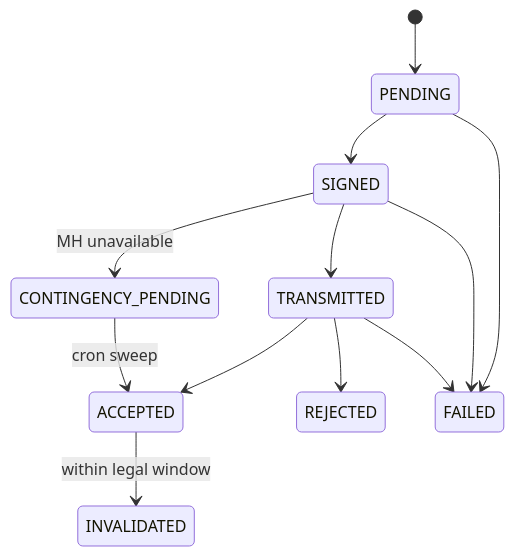
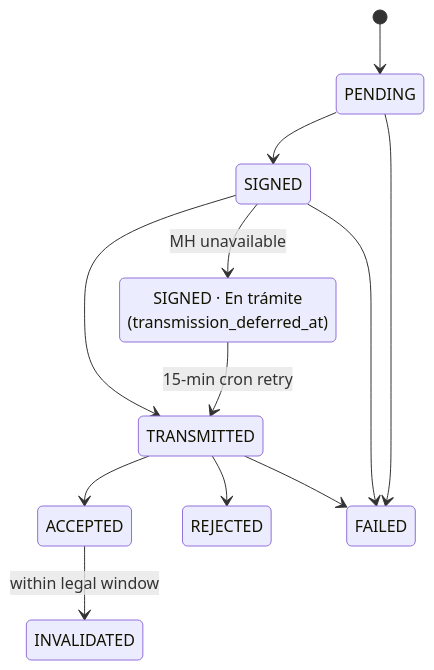
The second of 2 diagrams in README.md (jomplox/DiezmosSV), drawn with Mermaid before and after one commit. The commit also changed other lines of this file, not shown here.

````diff
--- a/README.md
+++ b/README.md
@@ -603,14 +629,15 @@
 ```mermaid
 stateDiagram-v2
+    state "SIGNED · En trámite<br/>(transmission_deferred_at)" as Deferred
     [*] --> PENDING
     PENDING --> SIGNED
     SIGNED --> TRANSMITTED
+    SIGNED --> Deferred: MH unavailable
+    Deferred --> TRANSMITTED: 15-min cron retry
     TRANSMITTED --> ACCEPTED
     TRANSMITTED --> REJECTED
-    SIGNED --> CONTINGENCY_PENDING: MH unavailable
-    CONTINGENCY_PENDING --> ACCEPTED: cron sweep
     ACCEPTED --> INVALIDATED: within legal window
     PENDING --> FAILED
     SIGNED --> FAILED
     TRANSMITTED --> FAILED
 ```
````
